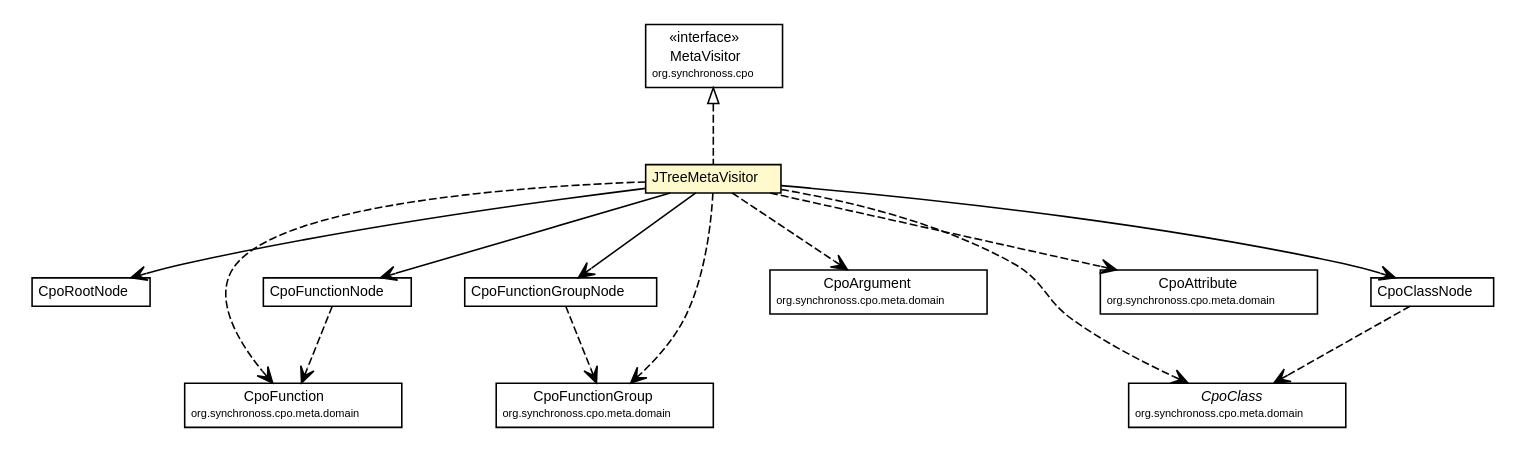
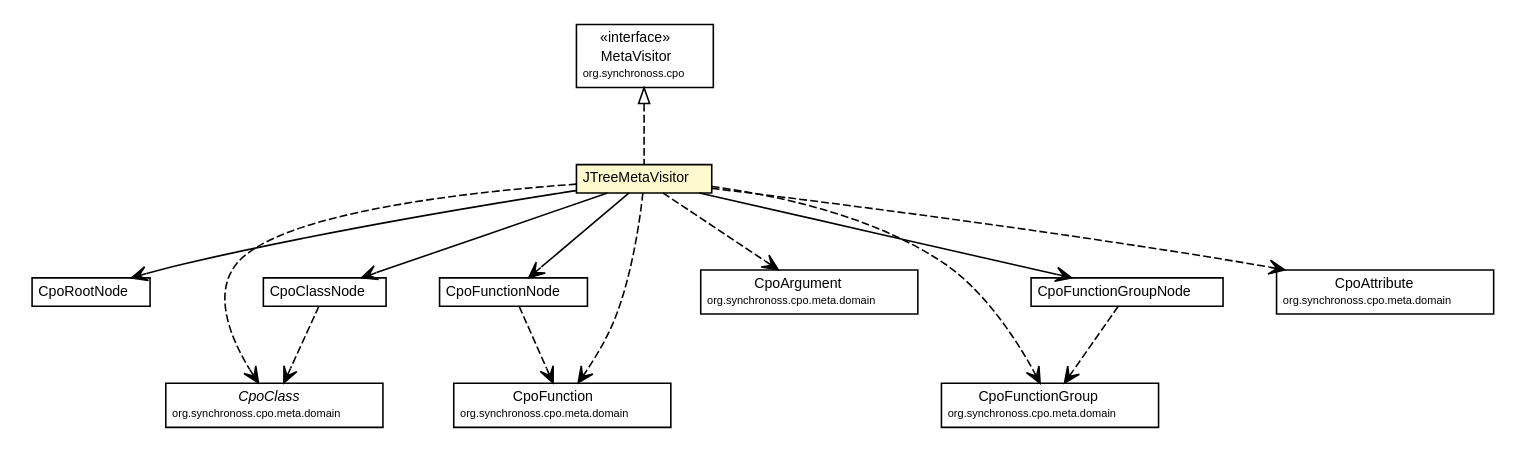
The diagram in site/apidocs/org/synchronoss/cpo/util/JTreeMetaVisitor.dot (synchronoss/cpo-util), drawn with Graphviz before and after one commit. The commit also changed 280 other files, not shown here.

Commit message:
Creating site for cpoUtil, 5.1.1-SNAPSHOT

```diff
--- a/site/apidocs/org/synchronoss/cpo/util/JTreeMetaVisitor.dot
+++ b/site/apidocs/org/synchronoss/cpo/util/JTreeMetaVisitor.dot
@@ -1,109 +1,109 @@
 #!/usr/local/bin/dot
 #
 # Class diagram 
 # Generated by UmlGraph version 4.6 (http://www.spinellis.gr/sw/umlgraph)
 #
 
 digraph G {
 	edge [fontname="Helvetica",fontsize=10,labelfontname="Helvetica",labelfontsize=10];
 	node [fontname="Helvetica",fontsize=10,shape=plaintext];
 	// org.synchronoss.cpo.util.JTreeMetaVisitor
 	c1707 [label=<<table border="0" cellborder="1" cellspacing="0" cellpadding="2" port="p" bgcolor="lemonChiffon" href="./JTreeMetaVisitor.html">
 		<tr><td><table border="0" cellspacing="0" cellpadding="1">
 			<tr><td> JTreeMetaVisitor </td></tr>
 		</table></td></tr>
 		</table>>, fontname="Helvetica", fontcolor="black", fontsize=9.0];
 	// org.synchronoss.cpo.util.CpoRootNode
 	c1715 [label=<<table border="0" cellborder="1" cellspacing="0" cellpadding="2" port="p" href="./CpoRootNode.html">
 		<tr><td><table border="0" cellspacing="0" cellpadding="1">
 			<tr><td> CpoRootNode </td></tr>
 		</table></td></tr>
 		</table>>, fontname="Helvetica", fontcolor="black", fontsize=9.0];
 	// org.synchronoss.cpo.util.CpoFunctionNode
 	c1721 [label=<<table border="0" cellborder="1" cellspacing="0" cellpadding="2" port="p" href="./CpoFunctionNode.html">
 		<tr><td><table border="0" cellspacing="0" cellpadding="1">
 			<tr><td> CpoFunctionNode </td></tr>
 		</table></td></tr>
 		</table>>, fontname="Helvetica", fontcolor="black", fontsize=9.0];
 	// org.synchronoss.cpo.util.CpoClassNode
 	c1723 [label=<<table border="0" cellborder="1" cellspacing="0" cellpadding="2" port="p" href="./CpoClassNode.html">
 		<tr><td><table border="0" cellspacing="0" cellpadding="1">
 			<tr><td> CpoClassNode </td></tr>
 		</table></td></tr>
 		</table>>, fontname="Helvetica", fontcolor="black", fontsize=9.0];
 	// org.synchronoss.cpo.util.CpoFunctionGroupNode
 	c1728 [label=<<table border="0" cellborder="1" cellspacing="0" cellpadding="2" port="p" href="./CpoFunctionGroupNode.html">
 		<tr><td><table border="0" cellspacing="0" cellpadding="1">
 			<tr><td> CpoFunctionGroupNode </td></tr>
 		</table></td></tr>
 		</table>>, fontname="Helvetica", fontcolor="black", fontsize=9.0];
 	//org.synchronoss.cpo.util.JTreeMetaVisitor implements org.synchronoss.cpo.MetaVisitor
 	c1764:p -> c1707:p [dir=back,arrowtail=empty,style=dashed];
 	// org.synchronoss.cpo.util.JTreeMetaVisitor NAVASSOC org.synchronoss.cpo.util.CpoRootNode
 	c1707:p -> c1715:p [taillabel="", label="", headlabel="", fontname="Helvetica", fontcolor="black", fontsize=10.0, color="black", arrowhead=open];
 	// org.synchronoss.cpo.util.JTreeMetaVisitor NAVASSOC org.synchronoss.cpo.util.CpoClassNode
 	c1707:p -> c1723:p [taillabel="", label="", headlabel="", fontname="Helvetica", fontcolor="black", fontsize=10.0, color="black", arrowhead=open];
 	// org.synchronoss.cpo.util.JTreeMetaVisitor NAVASSOC org.synchronoss.cpo.util.CpoFunctionGroupNode
 	c1707:p -> c1728:p [taillabel="", label="", headlabel="", fontname="Helvetica", fontcolor="black", fontsize=10.0, color="black", arrowhead=open];
 	// org.synchronoss.cpo.util.JTreeMetaVisitor NAVASSOC org.synchronoss.cpo.util.CpoFunctionNode
 	c1707:p -> c1721:p [taillabel="", label="", headlabel="", fontname="Helvetica", fontcolor="black", fontsize=10.0, color="black", arrowhead=open];
-	// org.synchronoss.cpo.util.JTreeMetaVisitor DEPEND org.synchronoss.cpo.meta.domain.CpoFunction
+	// org.synchronoss.cpo.util.JTreeMetaVisitor DEPEND org.synchronoss.cpo.meta.domain.CpoClass
 	c1707:p -> c1765:p [taillabel="", label="", headlabel="", fontname="Helvetica", fontcolor="black", fontsize=10.0, color="black", arrowhead=open, style=dashed];
 	// org.synchronoss.cpo.util.JTreeMetaVisitor DEPEND org.synchronoss.cpo.meta.domain.CpoArgument
 	c1707:p -> c1766:p [taillabel="", label="", headlabel="", fontname="Helvetica", fontcolor="black", fontsize=10.0, color="black", arrowhead=open, style=dashed];
+	// org.synchronoss.cpo.util.JTreeMetaVisitor DEPEND org.synchronoss.cpo.meta.domain.CpoFunction
+	c1707:p -> c1767:p [taillabel="", label="", headlabel="", fontname="Helvetica", fontcolor="black", fontsize=10.0, color="black", arrowhead=open, style=dashed];
 	// org.synchronoss.cpo.util.JTreeMetaVisitor DEPEND org.synchronoss.cpo.meta.domain.CpoFunctionGroup
-	c1707:p -> c1768:p [taillabel="", label="", headlabel="", fontname="Helvetica", fontcolor="black", fontsize=10.0, color="black", arrowhead=open, style=dashed];
+	c1707:p -> c1769:p [taillabel="", label="", headlabel="", fontname="Helvetica", fontcolor="black", fontsize=10.0, color="black", arrowhead=open, style=dashed];
 	// org.synchronoss.cpo.util.JTreeMetaVisitor DEPEND org.synchronoss.cpo.meta.domain.CpoAttribute
-	c1707:p -> c1769:p [taillabel="", label="", headlabel="", fontname="Helvetica", fontcolor="black", fontsize=10.0, color="black", arrowhead=open, style=dashed];
-	// org.synchronoss.cpo.util.JTreeMetaVisitor DEPEND org.synchronoss.cpo.meta.domain.CpoClass
 	c1707:p -> c1770:p [taillabel="", label="", headlabel="", fontname="Helvetica", fontcolor="black", fontsize=10.0, color="black", arrowhead=open, style=dashed];
 	// org.synchronoss.cpo.util.CpoFunctionNode DEPEND org.synchronoss.cpo.meta.domain.CpoFunction
-	c1721:p -> c1765:p [taillabel="", label="", headlabel="", fontname="Helvetica", fontcolor="black", fontsize=10.0, color="black", arrowhead=open, style=dashed];
+	c1721:p -> c1767:p [taillabel="", label="", headlabel="", fontname="Helvetica", fontcolor="black", fontsize=10.0, color="black", arrowhead=open, style=dashed];
 	// org.synchronoss.cpo.util.CpoClassNode DEPEND org.synchronoss.cpo.meta.domain.CpoClass
-	c1723:p -> c1770:p [taillabel="", label="", headlabel="", fontname="Helvetica", fontcolor="black", fontsize=10.0, color="black", arrowhead=open, style=dashed];
+	c1723:p -> c1765:p [taillabel="", label="", headlabel="", fontname="Helvetica", fontcolor="black", fontsize=10.0, color="black", arrowhead=open, style=dashed];
 	// org.synchronoss.cpo.util.CpoFunctionGroupNode DEPEND org.synchronoss.cpo.meta.domain.CpoFunctionGroup
-	c1728:p -> c1768:p [taillabel="", label="", headlabel="", fontname="Helvetica", fontcolor="black", fontsize=10.0, color="black", arrowhead=open, style=dashed];
+	c1728:p -> c1769:p [taillabel="", label="", headlabel="", fontname="Helvetica", fontcolor="black", fontsize=10.0, color="black", arrowhead=open, style=dashed];
 	// org.synchronoss.cpo.meta.domain.CpoClass
-	c1770 [label=<<table border="0" cellborder="1" cellspacing="0" cellpadding="2" port="p" href="http://java.sun.com/j2se/1.4.2/docs/api/org/synchronoss/cpo/meta/domain/CpoClass.html">
+	c1765 [label=<<table border="0" cellborder="1" cellspacing="0" cellpadding="2" port="p" href="http://java.sun.com/j2se/1.4.2/docs/api/org/synchronoss/cpo/meta/domain/CpoClass.html">
 		<tr><td><table border="0" cellspacing="0" cellpadding="1">
 			<tr><td><font face="Helvetica-Oblique"> CpoClass </font></td></tr>
 			<tr><td><font point-size="7.0"> org.synchronoss.cpo.meta.domain </font></td></tr>
 		</table></td></tr>
 		</table>>, fontname="Helvetica", fontcolor="black", fontsize=9.0];
 	// org.synchronoss.cpo.meta.domain.CpoArgument
 	c1766 [label=<<table border="0" cellborder="1" cellspacing="0" cellpadding="2" port="p" href="http://java.sun.com/j2se/1.4.2/docs/api/org/synchronoss/cpo/meta/domain/CpoArgument.html">
 		<tr><td><table border="0" cellspacing="0" cellpadding="1">
 			<tr><td> CpoArgument </td></tr>
 			<tr><td><font point-size="7.0"> org.synchronoss.cpo.meta.domain </font></td></tr>
 		</table></td></tr>
 		</table>>, fontname="Helvetica", fontcolor="black", fontsize=9.0];
 	// org.synchronoss.cpo.meta.domain.CpoAttribute
-	c1769 [label=<<table border="0" cellborder="1" cellspacing="0" cellpadding="2" port="p" href="http://java.sun.com/j2se/1.4.2/docs/api/org/synchronoss/cpo/meta/domain/CpoAttribute.html">
+	c1770 [label=<<table border="0" cellborder="1" cellspacing="0" cellpadding="2" port="p" href="http://java.sun.com/j2se/1.4.2/docs/api/org/synchronoss/cpo/meta/domain/CpoAttribute.html">
 		<tr><td><table border="0" cellspacing="0" cellpadding="1">
 			<tr><td> CpoAttribute </td></tr>
 			<tr><td><font point-size="7.0"> org.synchronoss.cpo.meta.domain </font></td></tr>
 		</table></td></tr>
 		</table>>, fontname="Helvetica", fontcolor="black", fontsize=9.0];
 	// org.synchronoss.cpo.meta.domain.CpoFunction
-	c1765 [label=<<table border="0" cellborder="1" cellspacing="0" cellpadding="2" port="p" href="http://java.sun.com/j2se/1.4.2/docs/api/org/synchronoss/cpo/meta/domain/CpoFunction.html">
+	c1767 [label=<<table border="0" cellborder="1" cellspacing="0" cellpadding="2" port="p" href="http://java.sun.com/j2se/1.4.2/docs/api/org/synchronoss/cpo/meta/domain/CpoFunction.html">
 		<tr><td><table border="0" cellspacing="0" cellpadding="1">
 			<tr><td> CpoFunction </td></tr>
 			<tr><td><font point-size="7.0"> org.synchronoss.cpo.meta.domain </font></td></tr>
 		</table></td></tr>
 		</table>>, fontname="Helvetica", fontcolor="black", fontsize=9.0];
 	// org.synchronoss.cpo.meta.domain.CpoFunctionGroup
-	c1768 [label=<<table border="0" cellborder="1" cellspacing="0" cellpadding="2" port="p" href="http://java.sun.com/j2se/1.4.2/docs/api/org/synchronoss/cpo/meta/domain/CpoFunctionGroup.html">
+	c1769 [label=<<table border="0" cellborder="1" cellspacing="0" cellpadding="2" port="p" href="http://java.sun.com/j2se/1.4.2/docs/api/org/synchronoss/cpo/meta/domain/CpoFunctionGroup.html">
 		<tr><td><table border="0" cellspacing="0" cellpadding="1">
 			<tr><td> CpoFunctionGroup </td></tr>
 			<tr><td><font point-size="7.0"> org.synchronoss.cpo.meta.domain </font></td></tr>
 		</table></td></tr>
 		</table>>, fontname="Helvetica", fontcolor="black", fontsize=9.0];
 	// org.synchronoss.cpo.MetaVisitor
 	c1764 [label=<<table border="0" cellborder="1" cellspacing="0" cellpadding="2" port="p" href="http://java.sun.com/j2se/1.4.2/docs/api/org/synchronoss/cpo/MetaVisitor.html">
 		<tr><td><table border="0" cellspacing="0" cellpadding="1">
 			<tr><td> &laquo;interface&raquo; </td></tr>
 			<tr><td> MetaVisitor </td></tr>
 			<tr><td><font point-size="7.0"> org.synchronoss.cpo </font></td></tr>
 		</table></td></tr>
 		</table>>, fontname="Helvetica", fontcolor="black", fontsize=9.0];
 }
```
